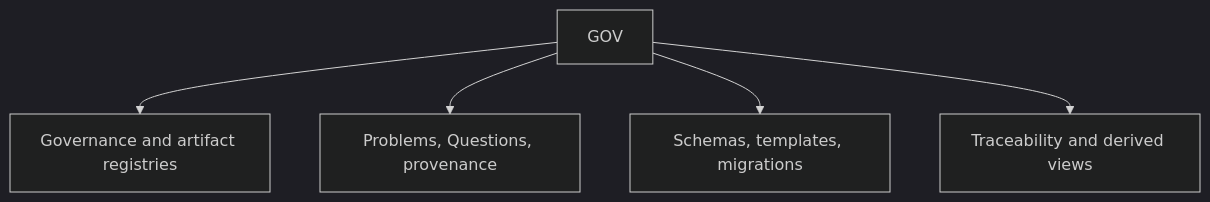
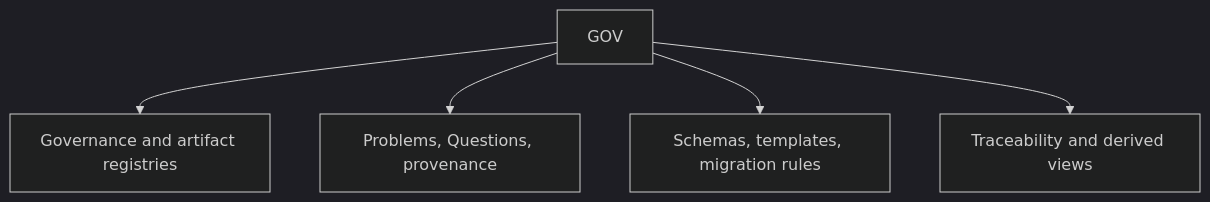
One commit to anatoly-m-maslennikov/dset-specs-loops-framework changed the diagram in 12_layer_gov/000_dset-gov-hub.md. Above: the diagram before and after it, drawn with Mermaid (dark theme). The commit also changed other lines of this file and 103 other files, not shown here.

````diff
--- a/12_layer_gov/000_dset-gov-hub.md
+++ b/12_layer_gov/000_dset-gov-hub.md
@@ -13,13 +14,13 @@
 ```mermaid
 flowchart TB
     GOV["GOV"]
     RULES["Governance and artifact registries"]
     INTAKE["Problems, Questions, provenance"]
-    ASSETS["Schemas, templates, migrations"]
+    ASSETS["Schemas, templates, migration rules"]
     VIEWS["Traceability and derived views"]
 
     GOV --> RULES
     GOV --> INTAKE
     GOV --> ASSETS
     GOV --> VIEWS
 ```
````
